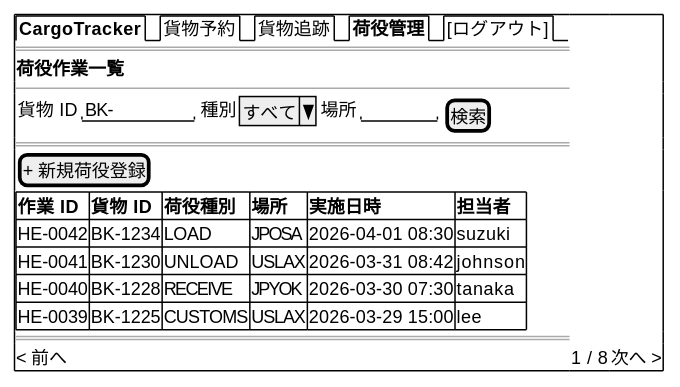
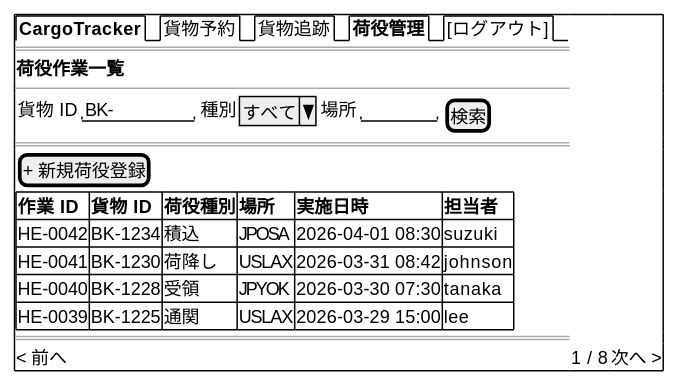
One commit to k2works/case-study-cargo-tracker changed diagram 12 of 23 in docs/design/ui_design.md. Above: the diagram before and after it, drawn with PlantUML. The commit also changed other lines of this file, not shown here.

````diff
--- a/docs/design/ui_design.md
+++ b/docs/design/ui_design.md
@@ -692,24 +761,24 @@
 ```plantuml
 @startsalt
 {+
   {/ <b>CargoTracker</b> | 貨物予約 | 貨物追跡 | <b>荷役管理</b> | [ログアウト] }
   ==
   <b>荷役作業一覧</b>
   --
   {
     貨物 ID | "BK-      " | 種別 | ^すべて^ | 場所 | "      " | [検索]
   }
   ==
   [+ 新規荷役登録]
   {#
     **作業 ID** | **貨物 ID** | **荷役種別** | **場所** | **実施日時**        | **担当者**
-    HE-0042     | BK-1234     | LOAD         | JPOSA    | 2026-04-01 08:30    | suzuki
-    HE-0041     | BK-1230     | UNLOAD       | USLAX    | 2026-03-31 08:42    | johnson
-    HE-0040     | BK-1228     | RECEIVE      | JPYOK    | 2026-03-30 07:30    | tanaka
-    HE-0039     | BK-1225     | CUSTOMS      | USLAX    | 2026-03-29 15:00    | lee
+    HE-0042     | BK-1234     | 積込         | JPOSA    | 2026-04-01 08:30    | suzuki
+    HE-0041     | BK-1230     | 荷降し       | USLAX    | 2026-03-31 08:42    | johnson
+    HE-0040     | BK-1228     | 受領         | JPYOK    | 2026-03-30 07:30    | tanaka
+    HE-0039     | BK-1225     | 通関         | USLAX    | 2026-03-29 15:00    | lee
   }
   ==
   < 前へ | 1 / 8 | 次へ >
 }
 @endsalt
 ```
````
